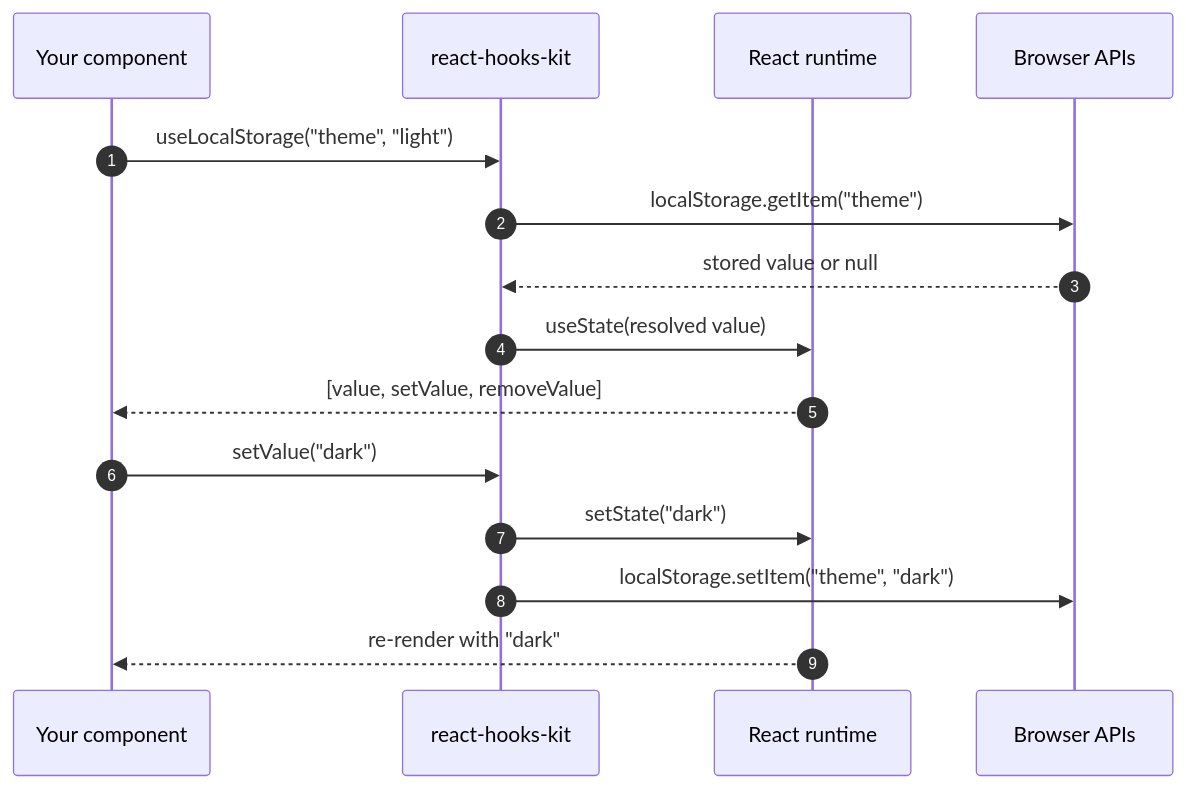
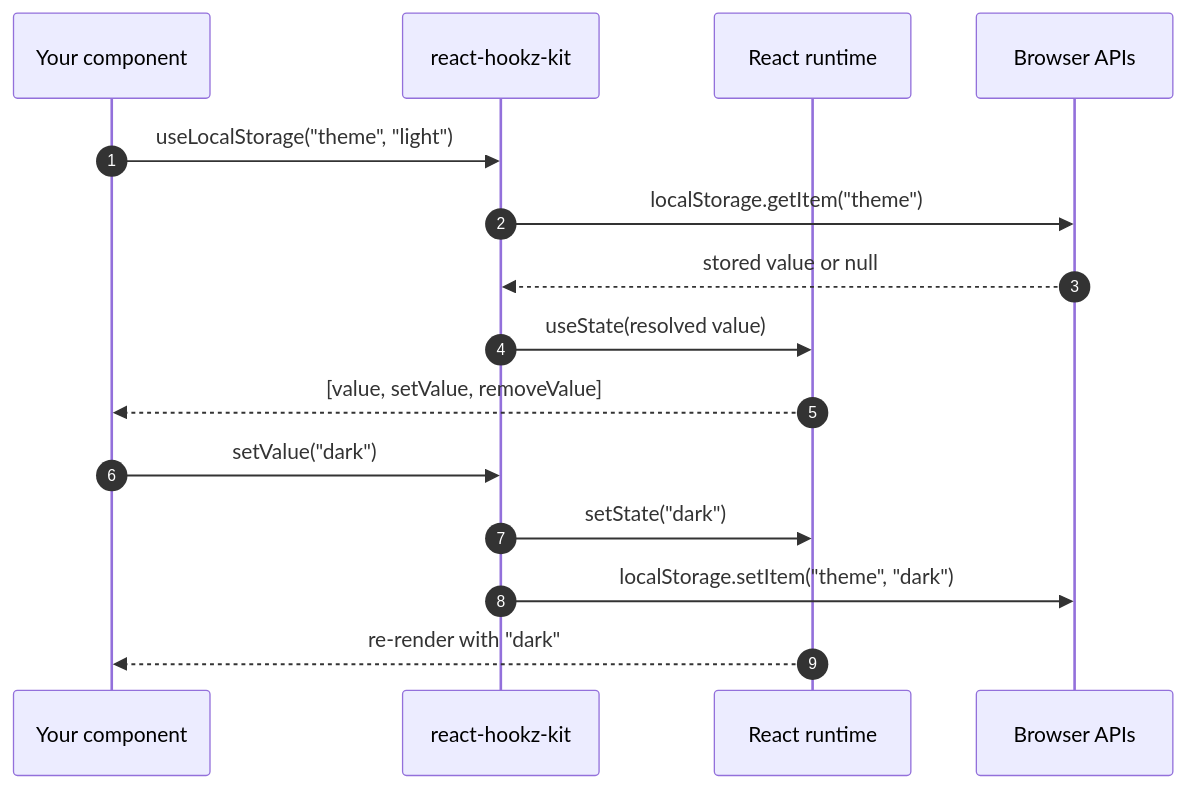
The second of 2 diagrams in README.md (huynhson0809/react-hooks-kit), drawn with Mermaid before and after one commit. The commit also changed other lines of this file and 4 other files, not shown here.

Commit message:
chore: rename npm package to react-hookz-kit

````diff
--- a/README.md
+++ b/README.md
@@ -101,19 +101,19 @@
 ```mermaid
 sequenceDiagram
   autonumber
   participant App as Your component
-  participant Hook as react-hooks-kit
+  participant Hook as react-hookz-kit
   participant React as React runtime
   participant Browser as Browser APIs
 
   App->>Hook: useLocalStorage("theme", "light")
   Hook->>Browser: localStorage.getItem("theme")
   Browser-->>Hook: stored value or null
   Hook->>React: useState(resolved value)
   React-->>App: [value, setValue, removeValue]
 
   App->>Hook: setValue("dark")
   Hook->>React: setState("dark")
   Hook->>Browser: localStorage.setItem("theme", "dark")
   React-->>App: re-render with "dark"
 ```
````
